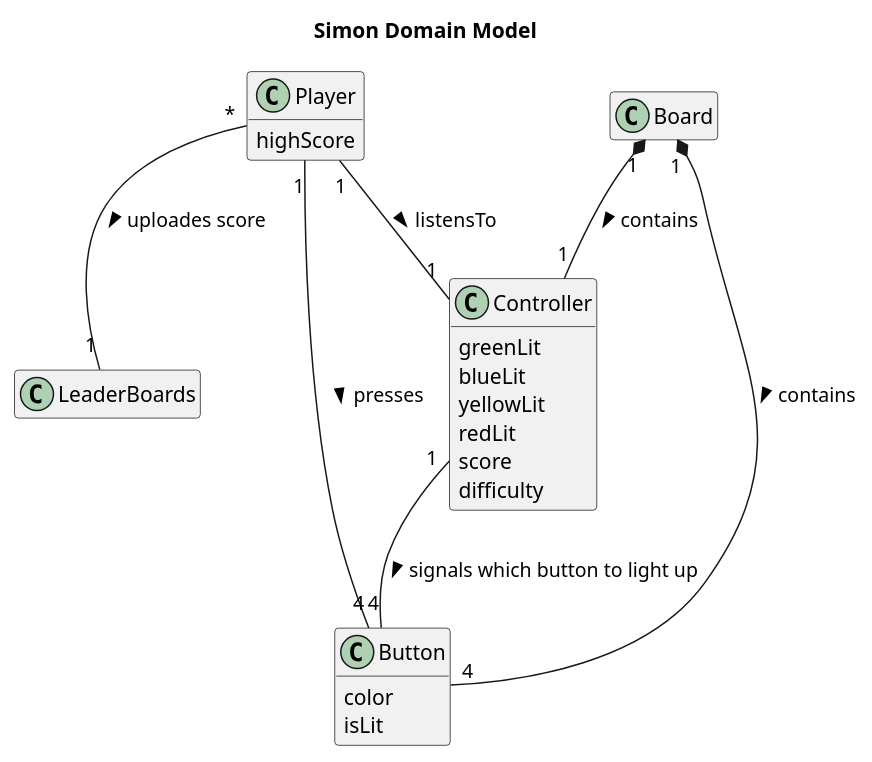
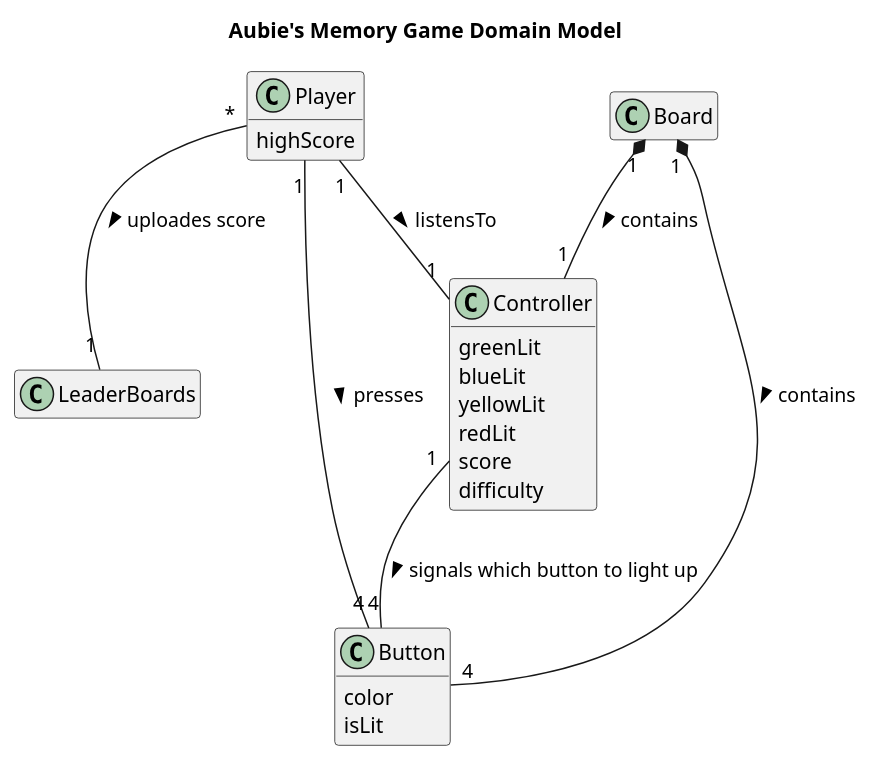
One commit to zedtran/AubieMemoryGame changed the diagram in app/UML/DM.puml. Above: the diagram before and after it, drawn with PlantUML. The commit also changed 5 other files, not shown here.

Commit message:
Edited UML diagrams as per Josh's comments

```diff
--- a/app/UML/DM.puml
+++ b/app/UML/DM.puml
@@ -1,34 +1,34 @@
 @startuml
 
-title Simon Domain Model
+title Aubie's Memory Game Domain Model
 class Player {
 highScore
 }
 class LeaderBoards {
 }
 
 class Button {
 color
 isLit
 }
 class Controller {
     greenLit
     blueLit
     yellowLit
     redLit
     score
     difficulty
 }
 class Board {
 }
 
 Board "1" *-- "4" Button : contains >
 Board "1" *-- "1" Controller : contains >
 Player "1" -- "1" Controller: listensTo >
 Player "1" -- "4" Button: presses >
 Player "*" -- "1" LeaderBoards: uploades score >
 Controller "1" -- "4" Button: signals which button to light up >
 
 hide empty members
 hide methods
 @enduml
```
